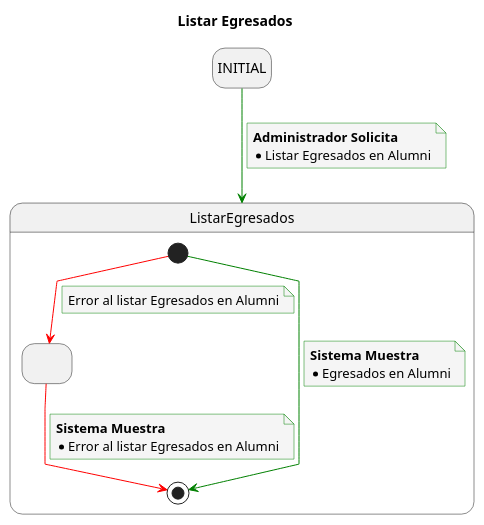
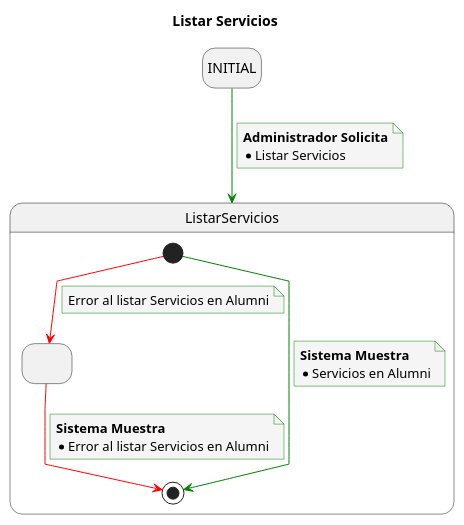
The diagram in Caso_de_Uso/Casos_de_Uso/Administrador/CRUD_Servicio/Listar_Servicio/Caso_de_Uso.puml (mmasias/23-24-IdSw1-SDR), drawn with PlantUML before and after one commit. The commit also changed 6 other files, not shown here.

Commit message:
Update service use case diagrams

```diff
--- a/Caso_de_Uso/Casos_de_Uso/Administrador/CRUD_Servicio/Listar_Servicio/Caso_de_Uso.puml
+++ b/Caso_de_Uso/Casos_de_Uso/Administrador/CRUD_Servicio/Listar_Servicio/Caso_de_Uso.puml
@@ -1,44 +1,44 @@
 @startuml
 
-title Listar Egresados
+title Listar Servicios
 
 skinparam {
     NoteBackgroundColor #whiteSmoke
     ArrowColor #green
     NoteBorderColor #green
     linetype polyline
 }
 
 hide empty description
 
 state startState as "INITIAL"
 
-startState --> ListarEgresados
+startState --> ListarServicios
 note on link
     <b>Administrador Solicita</b>
-    * Listar Egresados en Alumni
+    * Listar Servicios
 end note
 
-state ListarEgresados {
+state ListarServicios {
     state 2 as " "
     [*] --> [*] 
     note on link
         <b>Sistema Muestra</b>
-        * Egresados en Alumni
+        * Servicios en Alumni
     end note
 
     [*] -[#red]-> 2
     note on link
-        Error al listar Egresados en Alumni
+        Error al listar Servicios en Alumni
     end note
 
     2 -[#red]-> [*]
     note on link
         <b>Sistema Muestra</b>
-        * Error al listar Egresados en Alumni
+        * Error al listar Servicios en Alumni
     end note
 
 
 }
 
 @enduml
```
